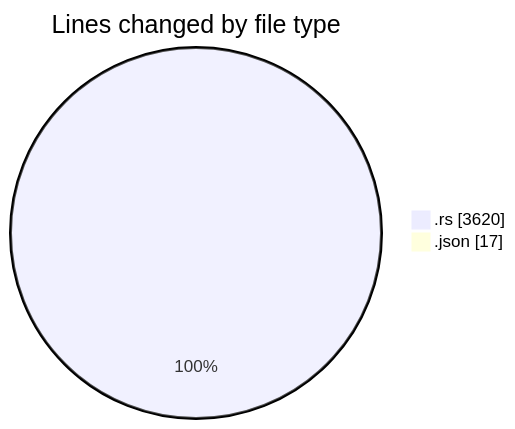
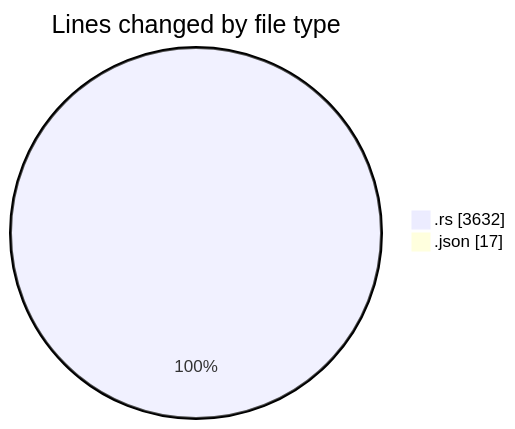
Before and after one commit to Ritupan-Deka/code-tracking: the first of 2 diagrams in 2025-12-28/rust/README.md, drawn with Mermaid. The commit also changed other lines of this file and 1 other file, not shown here.

````diff
--- a/2025-12-28/rust/README.md
+++ b/2025-12-28/rust/README.md
@@ -22,6 +22,6 @@
 ```mermaid
 pie showData
 title Lines changed by file type
-".rs" : 3620
+".rs" : 3632
 ".json" : 17
 ```
````
